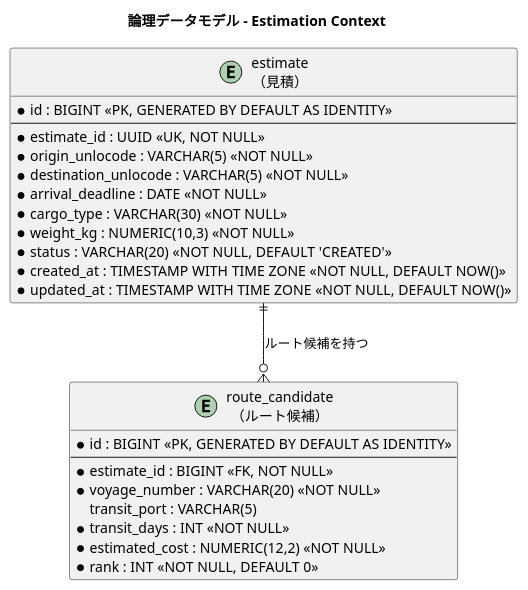
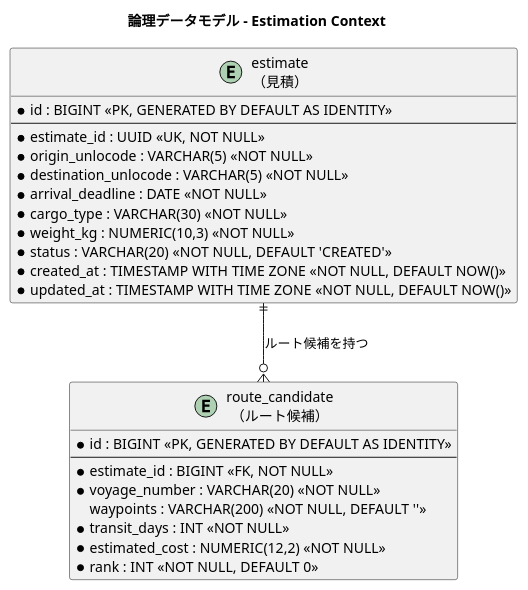
The eighth of 9 diagrams in docs/design/data-model.md (k2works/case-study-cargo-tracker), drawn with PlantUML before and after one commit. The commit also changed other lines of this file and 7 other files, not shown here.

````diff
--- a/docs/design/data-model.md
+++ b/docs/design/data-model.md
@@ -580,33 +580,33 @@
 ```plantuml
 @startuml
 title 論理データモデル - Estimation Context
 
 entity "estimate\n（見積）" as estimate {
   * id : BIGINT <<PK, GENERATED BY DEFAULT AS IDENTITY>>
   --
   * estimate_id : UUID <<UK, NOT NULL>>
   * origin_unlocode : VARCHAR(5) <<NOT NULL>>
   * destination_unlocode : VARCHAR(5) <<NOT NULL>>
   * arrival_deadline : DATE <<NOT NULL>>
   * cargo_type : VARCHAR(30) <<NOT NULL>>
   * weight_kg : NUMERIC(10,3) <<NOT NULL>>
   * status : VARCHAR(20) <<NOT NULL, DEFAULT 'CREATED'>>
   * created_at : TIMESTAMP WITH TIME ZONE <<NOT NULL, DEFAULT NOW()>>
   * updated_at : TIMESTAMP WITH TIME ZONE <<NOT NULL, DEFAULT NOW()>>
 }
 
 entity "route_candidate\n（ルート候補）" as route_candidate {
   * id : BIGINT <<PK, GENERATED BY DEFAULT AS IDENTITY>>
   --
   * estimate_id : BIGINT <<FK, NOT NULL>>
   * voyage_number : VARCHAR(20) <<NOT NULL>>
-  transit_port : VARCHAR(5)
+  waypoints : VARCHAR(200) <<NOT NULL, DEFAULT ''>>
   * transit_days : INT <<NOT NULL>>
   * estimated_cost : NUMERIC(12,2) <<NOT NULL>>
   * rank : INT <<NOT NULL, DEFAULT 0>>
 }
 
 estimate ||--o{ route_candidate : "ルート候補を持つ"
 
 @enduml
 ```
````
